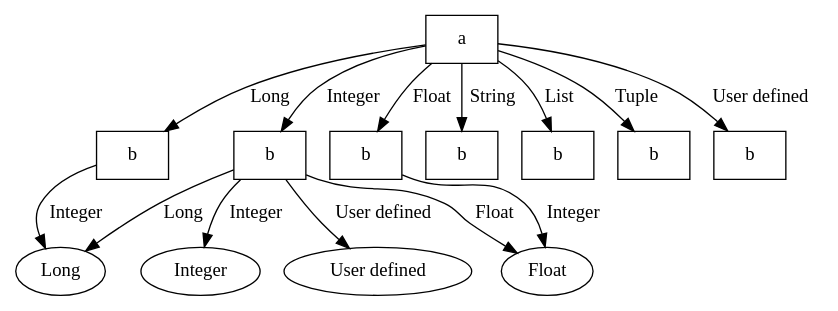
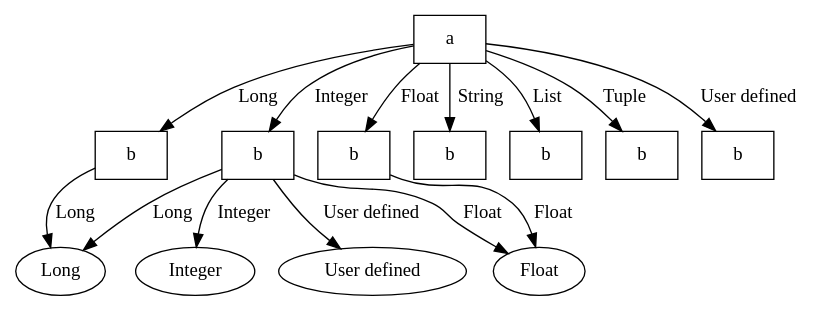
The diagram in talk/ibm-feb-2011/figures/add.dot (wdv4758h/pypy-extradoc), drawn with Graphviz before and after one commit. The commit also changed 9 other files, not shown here.

Commit message:
replace pseudo-code by diagram

```diff
--- a/talk/ibm-feb-2011/figures/add.dot
+++ b/talk/ibm-feb-2011/figures/add.dot
@@ -1,31 +1,31 @@
 digraph G {
     a -> b_int [label="Integer"];
     a -> b_float [label="Float"];
     a -> b_long [label="Long"];
     a -> b_string [label="String"];
     a -> b_list [label="List"];
     a -> b_tuple [label="Tuple"];
     a -> b_user [label="User defined"];
 
     a [label="a", shape=box];
     b_int [label="b", shape=box];
     b_float [label="b", shape=box];
     b_long [label="b", shape=box];
     b_string [label="b", shape=box];
     b_list [label="b", shape=box];
     b_tuple [label="b", shape=box];
     b_user [label="b", shape=box];
 
     b_int -> int [label="Integer"];
     b_int -> float [label="Float"];
     b_int -> long [label="Long"];
     b_int -> user [label="User defined"];
 
-    b_float -> float [label="Integer"];
-    b_long -> long [label="Integer"];
+    b_float -> float [label="Float"];
+    b_long -> long [label="Long"];
 
     int [label="Integer"];
     float [label="Float"];
     long [label="Long"];
     user [label="User defined"];
 }
```
